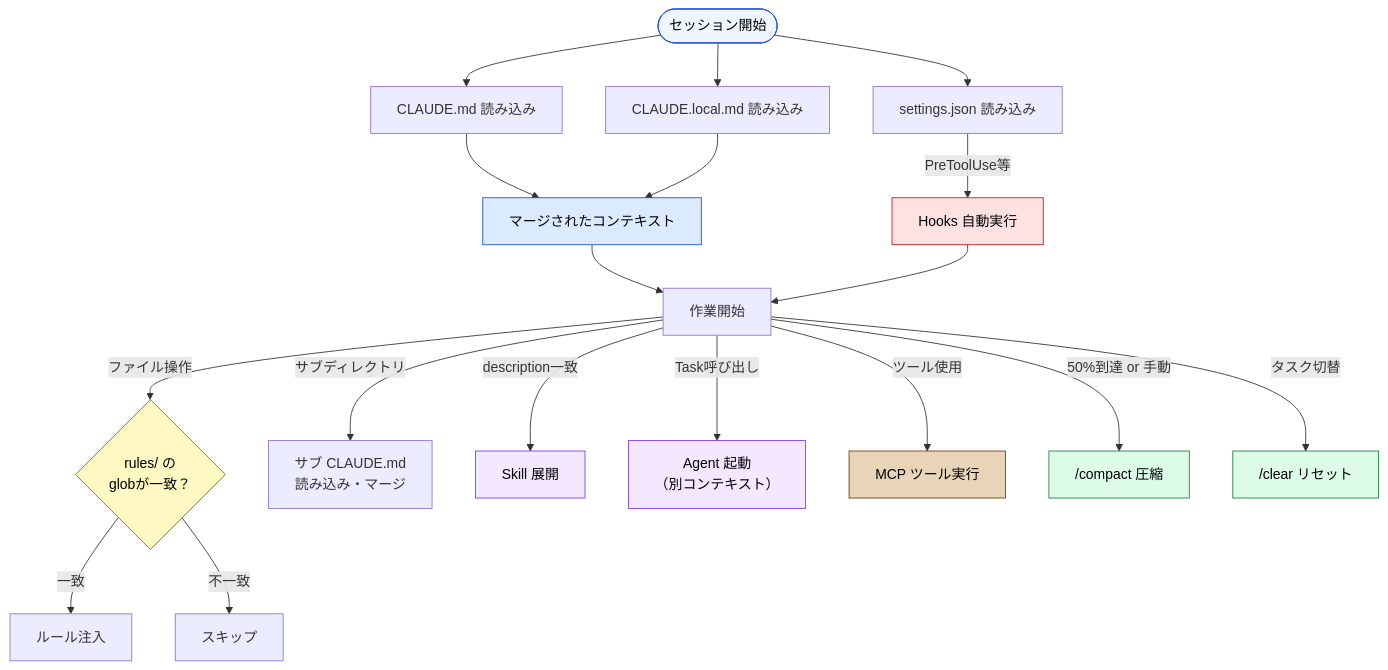
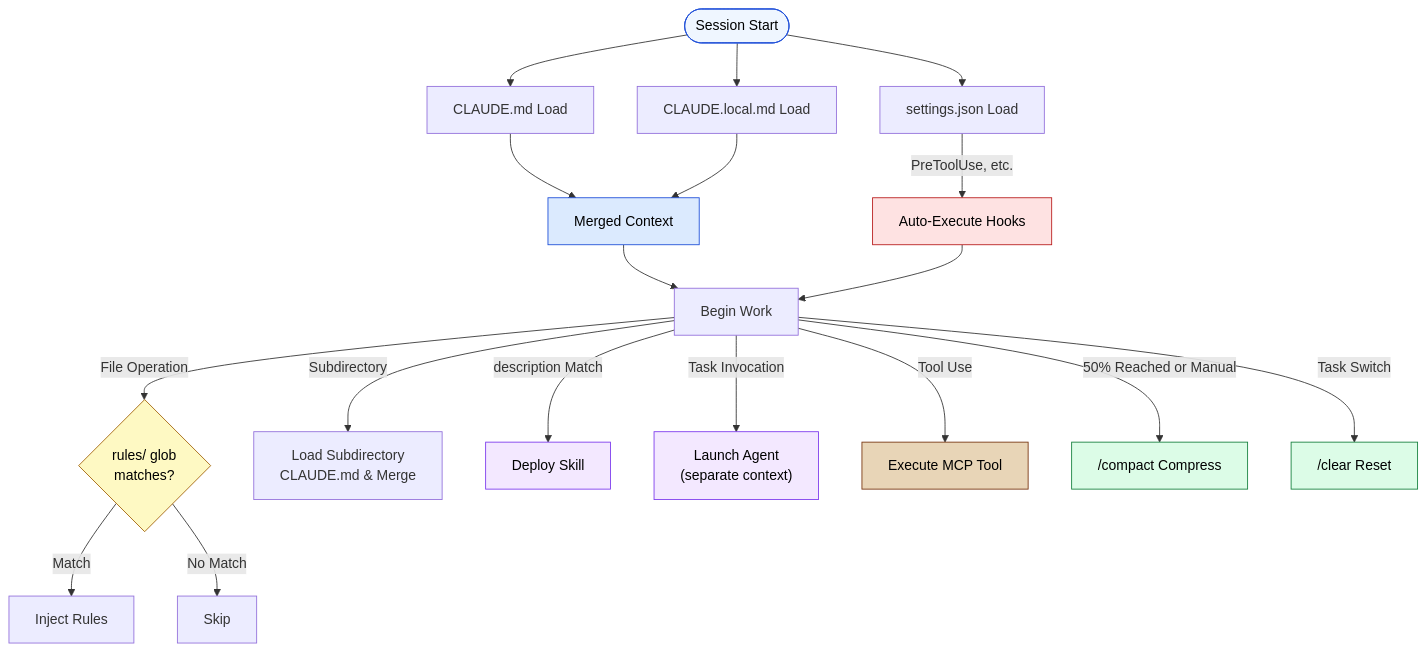
The diagram in docs/appendix/claude-code-config-reference.md (shuji-bonji/understanding-llm-through-claude-code), drawn with Mermaid before and after one commit. The commit also changed other lines of this file and 100 other files, not shown here.

````diff
--- a/docs/appendix/claude-code-config-reference.md
+++ b/docs/appendix/claude-code-config-reference.md
@@ -330,38 +332,38 @@
 ```mermaid
 graph TD
-    START(["セッション開始"]) --> CM["CLAUDE.md 読み込み"]
-    START --> CL["CLAUDE.local.md 読み込み"]
-    START --> ST["settings.json 読み込み"]
+    START(["Session Start"]) --> CM["CLAUDE.md Load"]
+    START --> CL["CLAUDE.local.md Load"]
+    START --> ST["settings.json Load"]
 
-    CM --> MERGE["マージされたコンテキスト"]
+    CM --> MERGE["Merged Context"]
     CL --> MERGE
 
-    MERGE --> WORK["作業開始"]
+    MERGE --> WORK["Begin Work"]
 
-    WORK -->|ファイル操作| RULE{"rules/ の<br>globが一致？"}
-    RULE -->|一致| INJECT["ルール注入"]
-    RULE -->|不一致| SKIP["スキップ"]
+    WORK -->|File Operation| RULE{"rules/ glob<br/>matches?"}
+    RULE -->|Match| INJECT["Inject Rules"]
+    RULE -->|No Match| SKIP["Skip"]
 
-    WORK -->|サブディレクトリ| SUB["サブ CLAUDE.md<br>読み込み・マージ"]
+    WORK -->|Subdirectory| SUB["Load Subdirectory<br/>CLAUDE.md & Merge"]
 
-    WORK -->|description一致| SKILL["Skill 展開"]
-    WORK -->|Task呼び出し| AGENT["Agent 起動<br>（別コンテキスト）"]
+    WORK -->|description Match| SKILL["Deploy Skill"]
+    WORK -->|Task Invocation| AGENT["Launch Agent<br/>(separate context)"]
 
-    WORK -->|ツール使用| MCP["MCP ツール実行"]
+    WORK -->|Tool Use| MCP["Execute MCP Tool"]
 
-    ST -->|PreToolUse等| HOOK["Hooks 自動実行"]
+    ST -->|PreToolUse, etc.| HOOK["Auto-Execute Hooks"]
     HOOK --> WORK
 
-    WORK -->|50%到達 or 手動| COMPACT["/compact 圧縮"]
-    WORK -->|タスク切替| CLEAR["/clear リセット"]
+    WORK -->|50% Reached or Manual| COMPACT["/compact Compress"]
+    WORK -->|Task Switch| CLEAR["/clear Reset"]
 
     style START fill:#eff6ff,stroke:#1d4ed8,color:#000
     style MERGE fill:#dbeafe,stroke:#1d4ed8,color:#000
     style RULE fill:#fef9c3,stroke:#a16207,color:#000
     style SKILL fill:#f3e8ff,stroke:#7c3aed,color:#000
     style AGENT fill:#f3e8ff,stroke:#7c3aed,color:#000
     style MCP fill:#e8d5b7,stroke:#78350f,color:#000
     style HOOK fill:#fee2e2,stroke:#b91c1c,color:#000
     style COMPACT fill:#dcfce7,stroke:#15803d,color:#000
     style CLEAR fill:#dcfce7,stroke:#15803d,color:#000
 ```
````
